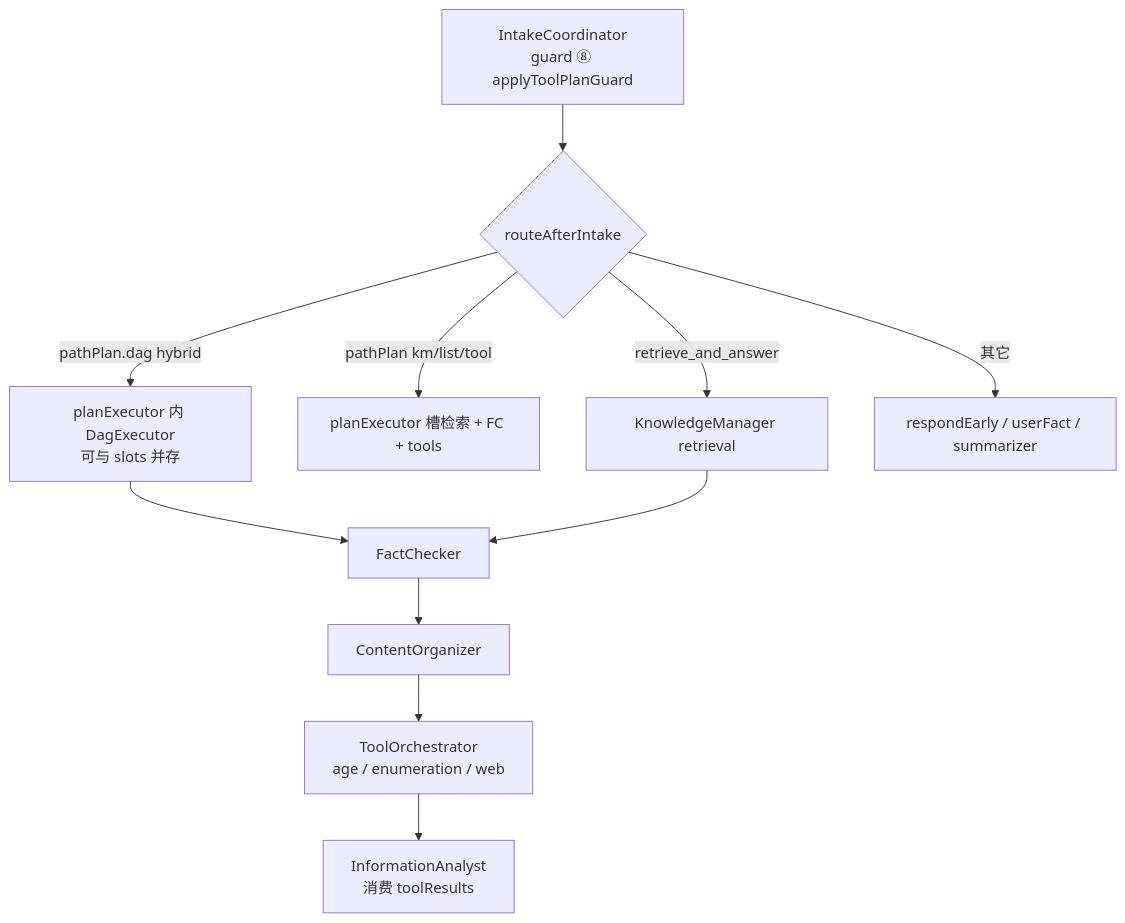
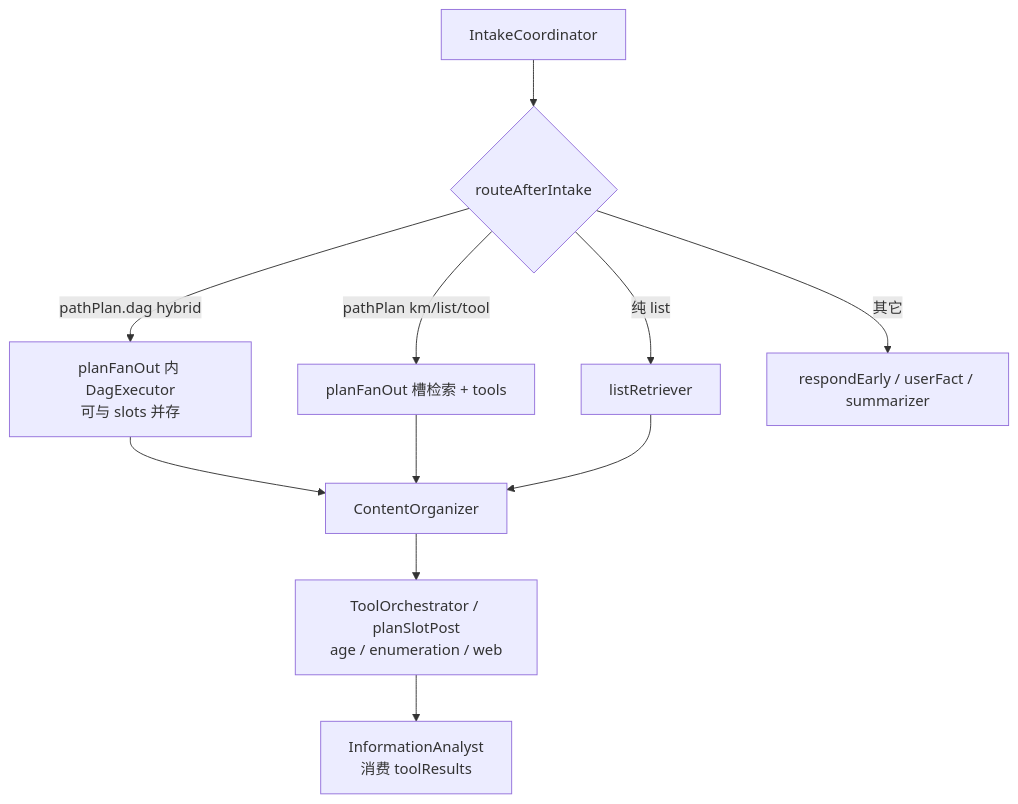
The first of 4 diagrams in docs/05-architecture-v2-tool-orchestration.md (panzhanfei/agent), drawn with Mermaid before and after one commit. The commit also changed other lines of this file and 69 other files, not shown here.

````diff
--- a/docs/05-architecture-v2-tool-orchestration.md
+++ b/docs/05-architecture-v2-tool-orchestration.md
@@ -49,15 +51,15 @@
 ```mermaid
 flowchart TD
-  IC[IntakeCoordinator<br/>guard ⑧ applyToolPlanGuard] --> R{routeAfterIntake}
+  IC[IntakeCoordinator] --> R{routeAfterIntake}
 
-  R -->|pathPlan.dag hybrid| DAG[planExecutor 内 DagExecutor<br/>可与 slots 并存]
-  R -->|pathPlan km/list/tool| PE[planExecutor 槽检索 + FC + tools]
-  R -->|retrieve_and_answer| KM[KnowledgeManager retrieval]
+  R -->|pathPlan.dag hybrid| DAG[planFanOut 内 DagExecutor<br/>可与 slots 并存]
+  R -->|pathPlan km/list/tool| PE[planFanOut 槽检索 + tools]
+  R -->|纯 list| LIST[listRetriever]
   R -->|其它| EARLY[respondEarly / userFact / summarizer]
 
-  DAG --> FC[FactChecker]
-  KM --> FC
-  FC --> CO[ContentOrganizer]
-  CO --> TO[ToolOrchestrator<br/>age / enumeration / web]
+  DAG --> CO[ContentOrganizer]
+  PE --> CO
+  LIST --> CO
+  CO --> TO[ToolOrchestrator / planSlotPost<br/>age / enumeration / web]
   TO --> IA[InformationAnalyst<br/>消费 toolResults]
 ```
````
